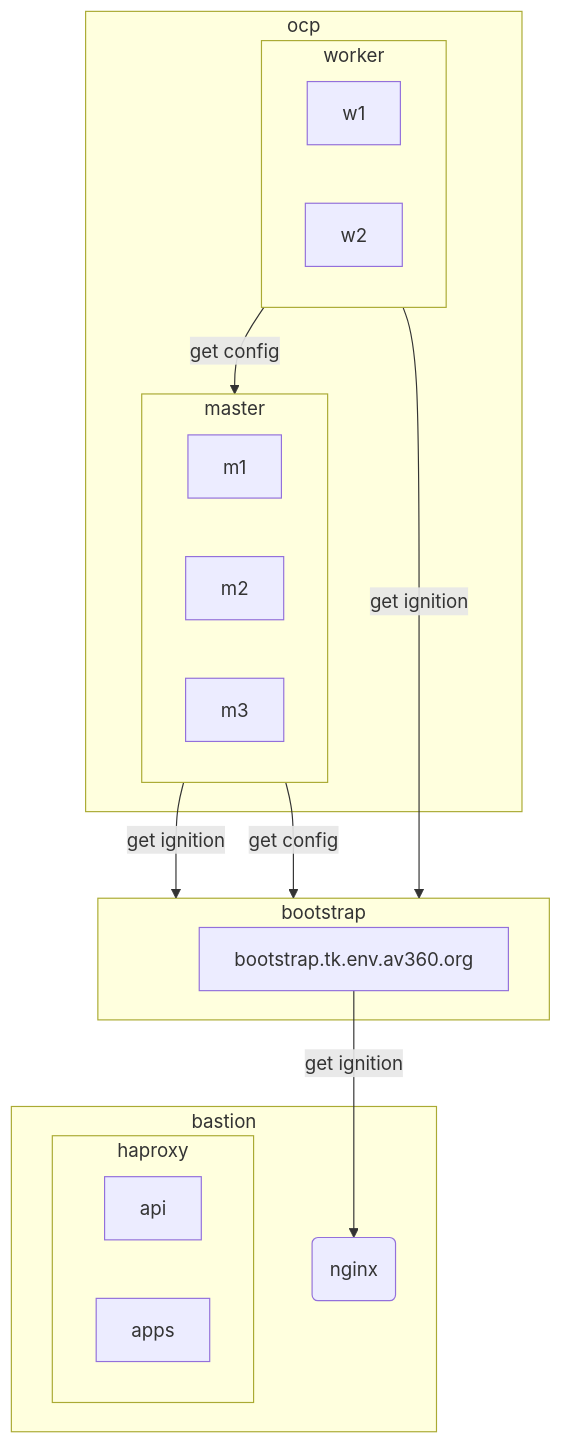
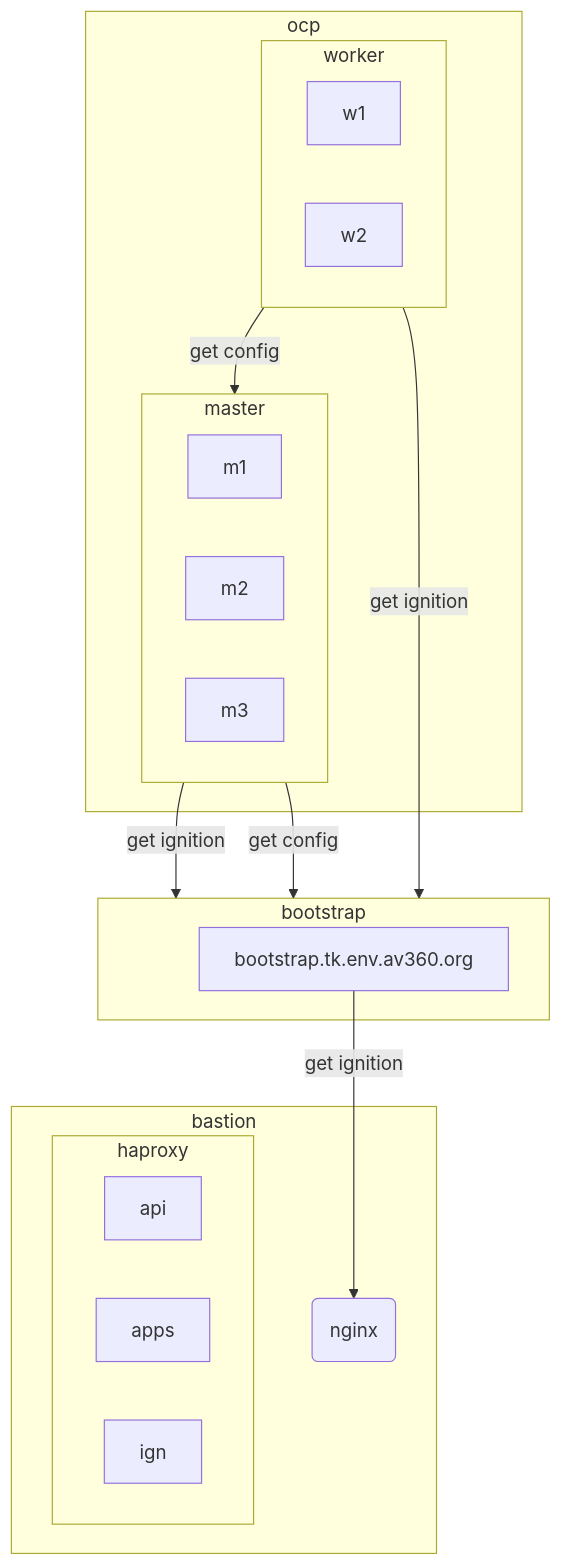
Before and after one commit to tkops/ocp4: the diagram in README.md, drawn with Mermaid.

````diff
--- a/README.md
+++ b/README.md
@@ -3,27 +3,27 @@
 ```mermaid
 flowchart TD
     subgraph ocp
        subgraph master
            m1;m2;m3
         end
         subgraph worker
           w1;w2
         end
     end
     subgraph bootstrap
       b1[bootstrap.tk.env.av360.org]
     end
     subgraph bastion
       n1(nginx)
       subgraph haproxy
-         api;apps
+         api;apps;ign
       end
     end
     b1 --get ignition--> n1
     master --get ignition--> bootstrap
     master --get config--> bootstrap
     worker --get ignition--> bootstrap
     worker --get config--> master
 
     
 ```
````
